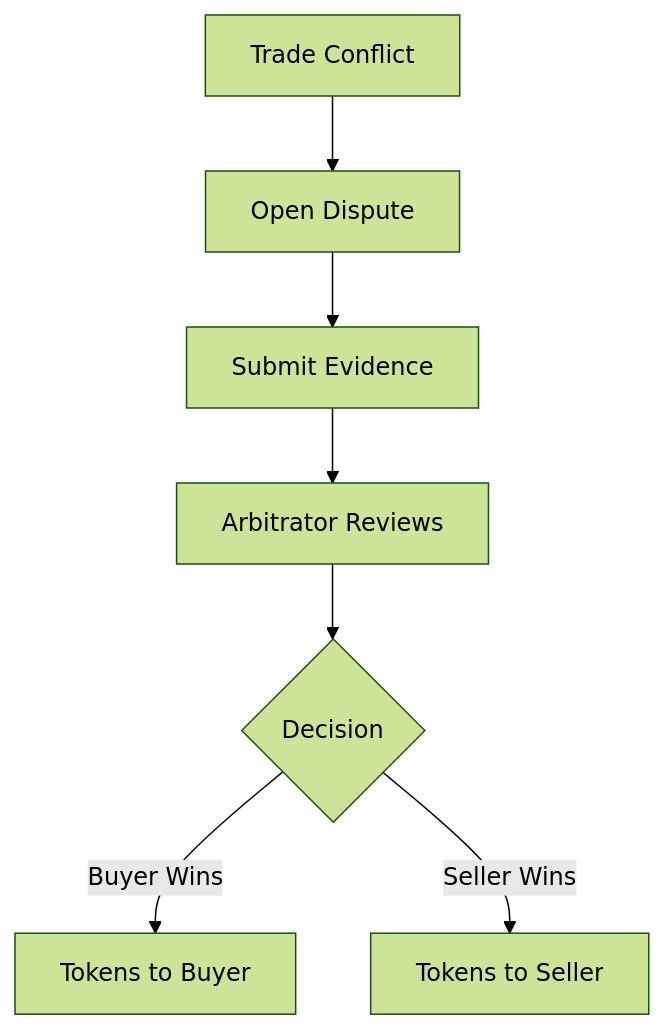
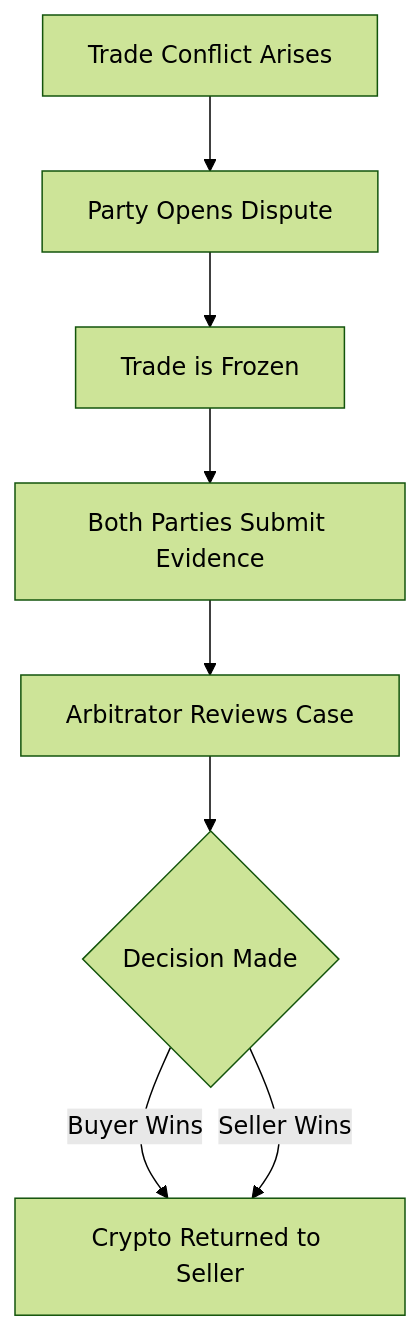
Before and after one commit to dappvibe/pexfi: the diagram in docs/guides/disputes.mdx, drawn with Mermaid (forest theme). The commit also changed other lines of this file and 5 other files, not shown here.

````diff
--- a/docs/guides/disputes.mdx
+++ b/docs/guides/disputes.mdx
@@ -25,9 +27,10 @@
 ```mermaid
 flowchart TD
-    A[Trade Conflict] --> B[Open Dispute]
-    B --> C[Submit Evidence]
-    C --> D[Arbitrator Reviews]
-    D --> E{Decision}
-    E -->|Buyer Wins| F[Tokens to Buyer]
-    E -->|Seller Wins| G[Tokens to Seller]
+    A[Trade Conflict Arises] --> B[Party Opens Dispute]
+    B --> C[Trade is Frozen]
+    C --> D[Both Parties Submit Evidence]
+    D --> E[Arbitrator Reviews Case]
+    E --> F{Decision Made}
+    F -->|Buyer Wins| G[Crypto Released to Buyer]
+    F -->|Seller Wins| G[Crypto Returned to Seller]
 ```
````
